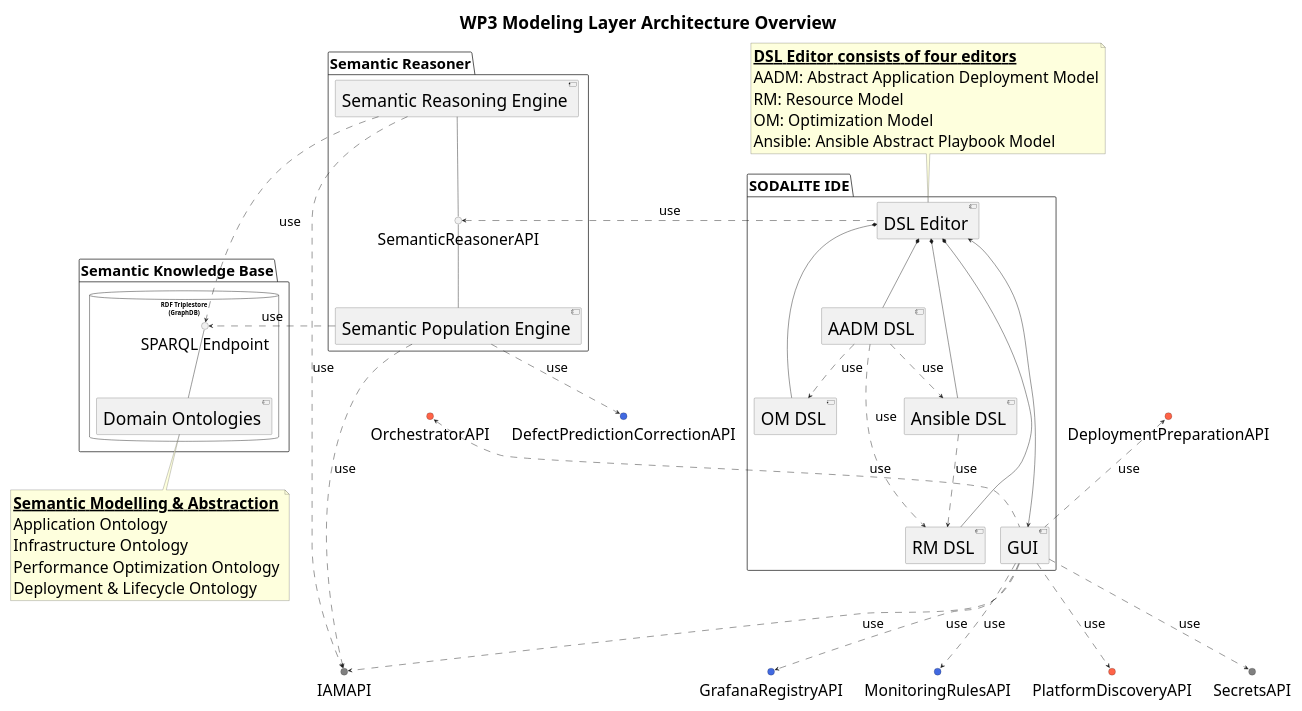
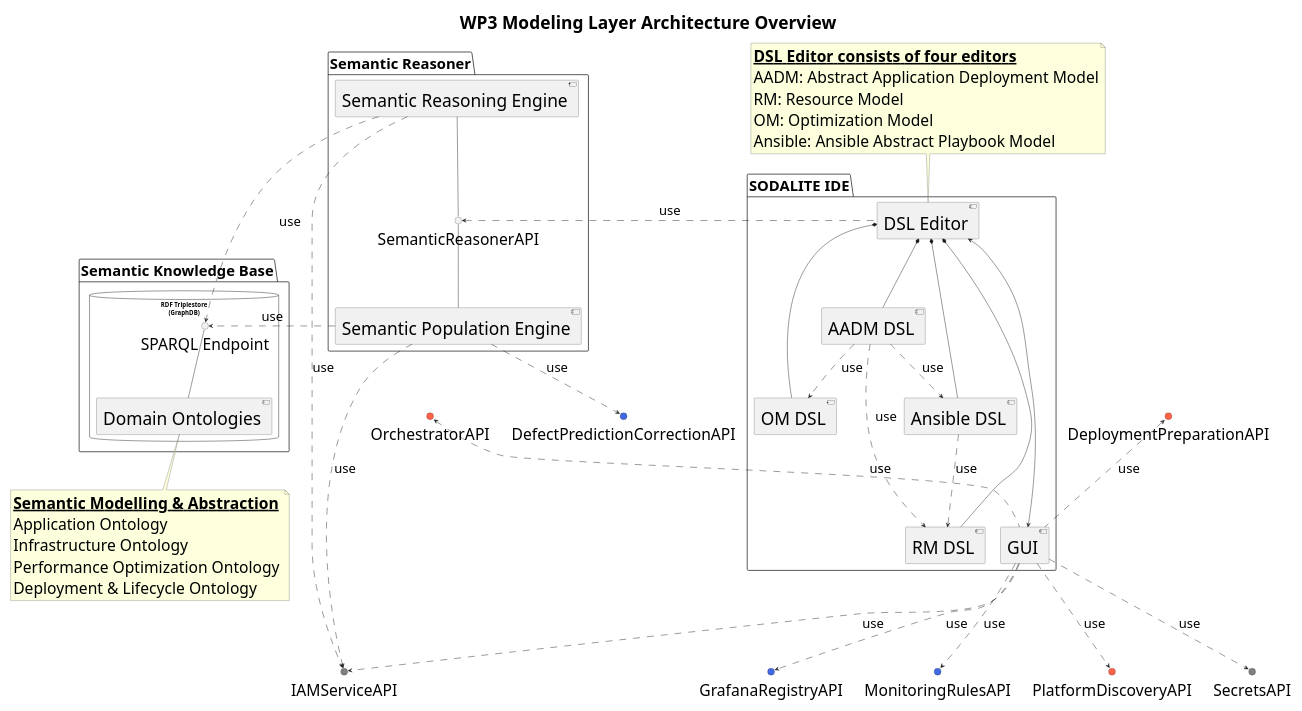
Before and after one commit to SODALITE-EU/project-wide-documentation: the diagram in uml/component-diagrams/CD-WP3-ArchitectureOverview.puml, drawn with PlantUML.

Commit message:
WP3 introspection api (#11)

```diff
--- a/uml/component-diagrams/CD-WP3-ArchitectureOverview.puml
+++ b/uml/component-diagrams/CD-WP3-ArchitectureOverview.puml
@@ -1,85 +1,85 @@
 @startuml
 title WP3 Modeling Layer Architecture Overview
 skinparam componentFontSize 40
 skinparam componentArrowFontSize 30
 skinparam packageFontSize 34
 skinparam interfaceFontSize 36
 skinparam titleFontSize 40
 skinparam NoteFontSize 36
 
-interface "IAMAPI" as AAUAPI #808080
+interface "IAMServiceAPI" as AAUAPI #808080
 interface "SecretsAPI" as SecretsAPI #808080
 interface "DeploymentPreparationAPI" as deploymentPreparationAPI #FF6347
 interface "DefectPredictionCorrectionAPI" as correctionAPI #4169E1
 interface "GrafanaRegistryAPI" as GrafanaRegistryAPI #4169E1
 interface "MonitoringRulesAPI" as monitoringRulesAPI #4169E1
 interface "OrchestratorAPI" as orchestratorAPI #FF6347
 interface "PlatformDiscoveryAPI" as PDS #FF6347
 
 package "SODALITE IDE" as IDE {
     component [DSL Editor] as ideDSLeditor
     component [AADM DSL] as AADM
     component [RM DSL] as RM
     component [OM DSL] as OM
     component [Ansible DSL] as Ansible
 
     ideDSLeditor *-- AADM
     ideDSLeditor *-- RM
     ideDSLeditor *-- OM
     ideDSLeditor *-- Ansible
     AADM ..> Ansible: use
     AADM ..> RM: use
     AADM ..> OM: use
     Ansible ..> RM :use
     component [GUI] as ideGUI
 }
 
 note top of ideDSLeditor
    __**DSL Editor consists of four editors**__ 
    AADM: Abstract Application Deployment Model
    RM: Resource Model
    OM: Optimization Model
    Ansible: Ansible Abstract Playbook Model
 end note
 
 
 package "Semantic Reasoner" as res {
     interface "SemanticReasonerAPI" as resAPI
     component [Semantic Population Engine] as resPopulationEngine
     component [Semantic Reasoning Engine] as resReasoningEngine
 }
 
 package "Semantic Knowledge Base" as repo {
     database "RDF Triplestore\n(GraphDB)" as triplestore {
         interface "SPARQL Endpoint" as repoEndpoint
         scale 700 height
         component [Domain Ontologies] as repoOntologies
     }
 }
 
 note bottom of repoOntologies
    __**Semantic Modelling & Abstraction**__ 
    Application Ontology
    Infrastructure Ontology
    Performance Optimization Ontology
    Deployment & Lifecycle Ontology
 end note
 
 ideGUI ..> PDS : use
 resAPI -down- resPopulationEngine
 resAPI -up- resReasoningEngine
 ideDSLeditor .left.> resAPI: use
 ideDSLeditor <-down---> ideGUI 
 repoOntologies -up- repoEndpoint
 resPopulationEngine ..right...> repoEndpoint: use
 resReasoningEngine ..right....> repoEndpoint: use
 resReasoningEngine ..> AAUAPI: use
 resPopulationEngine ..> correctionAPI: use
 resPopulationEngine ..> AAUAPI: use
 ideGUI .up.> deploymentPreparationAPI : use
 ideGUI ..> GrafanaRegistryAPI : use
 ideGUI ..> monitoringRulesAPI : use
 ideGUI ..> SecretsAPI : use
 ideGUI .up.> orchestratorAPI : use
 ideGUI ..> AAUAPI: use
 @enduml
```
